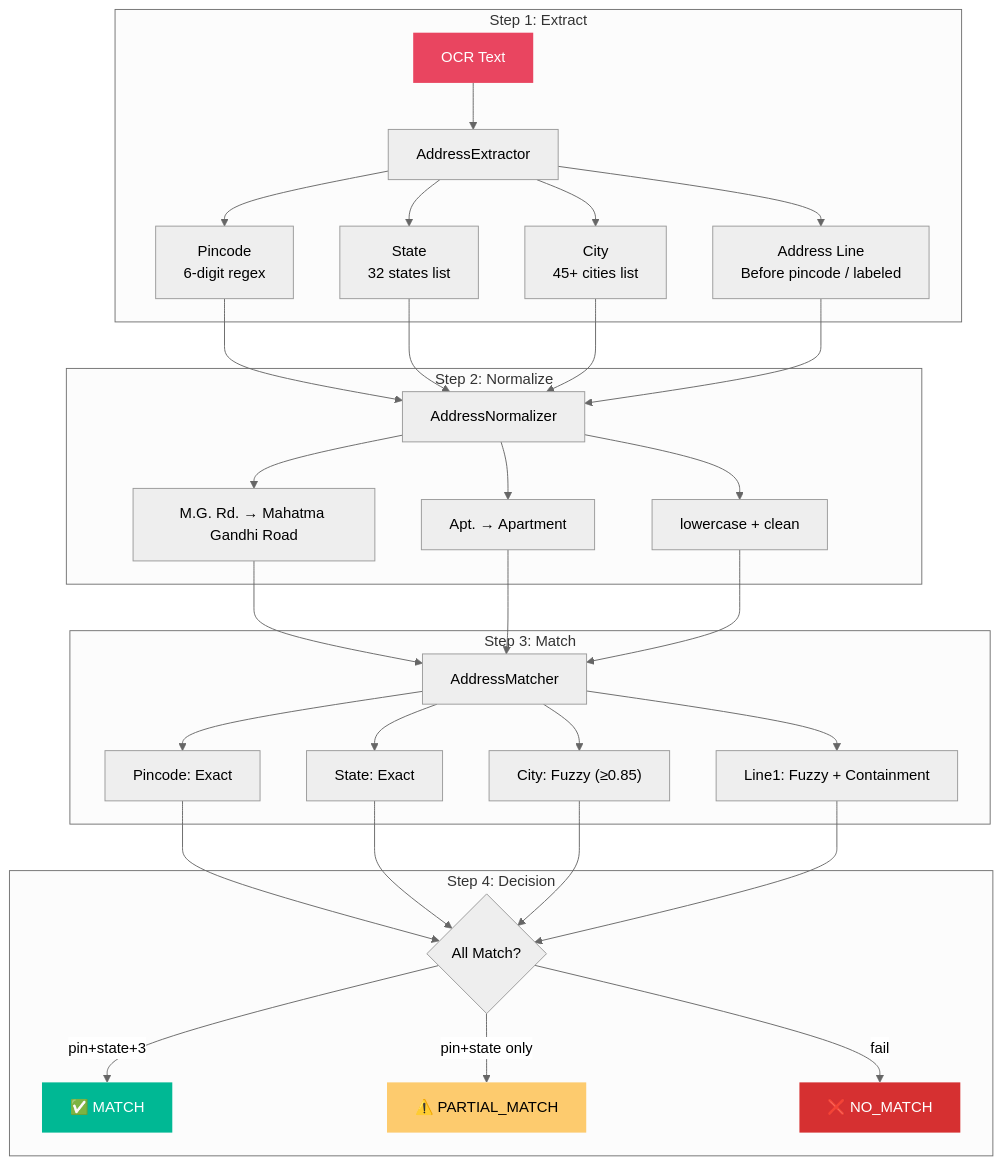
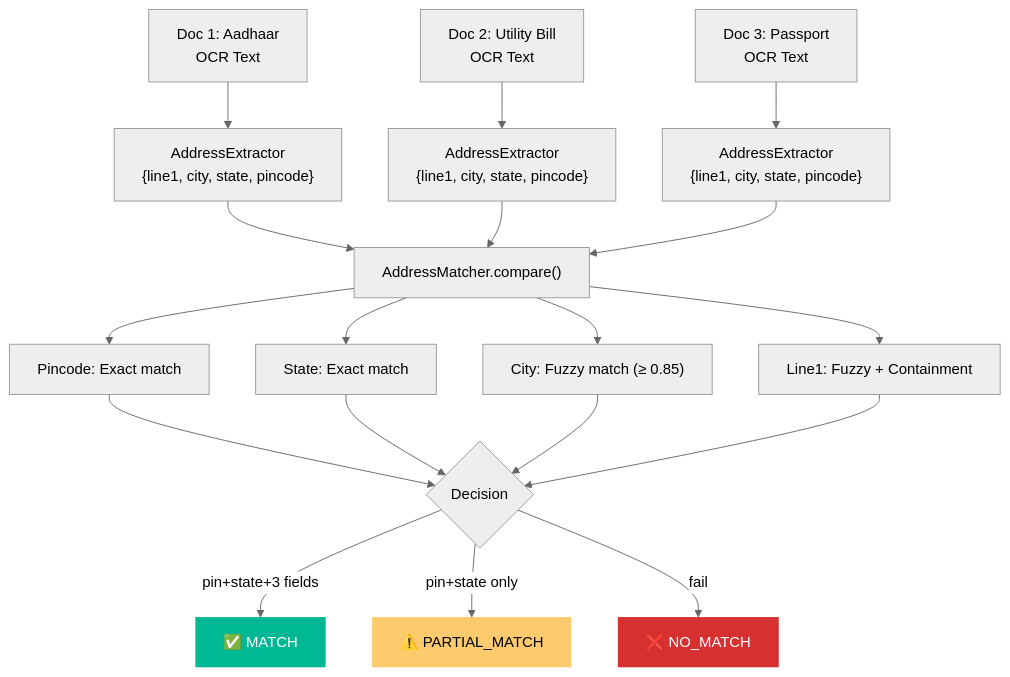
One commit to Sakshisingh-BV/Intellicheck-Docs changed the eighth of 11 diagrams in ARCHITECTURE.md. Above: the diagram before and after it, drawn with Mermaid (neutral theme). The commit also changed other lines of this file, not shown here.

````diff
--- a/ARCHITECTURE.md
+++ b/ARCHITECTURE.md
@@ -370,45 +469,28 @@
 ```mermaid
 graph TB
-    subgraph "Step 1: Extract"
-        OCR2["OCR Text"] --> EXT["AddressExtractor"]
-        EXT --> PIN["Pincode<br/>6-digit regex"]
-        EXT --> STATE["State<br/>32 states list"]
-        EXT --> CITY["City<br/>45+ cities list"]
-        EXT --> LINE["Address Line<br/>Before pincode / labeled"]
-    end
+    D1["Doc 1: Aadhaar<br/>OCR Text"] --> E1["AddressExtractor<br/>{line1, city, state, pincode}"]
+    D2["Doc 2: Utility Bill<br/>OCR Text"] --> E2["AddressExtractor<br/>{line1, city, state, pincode}"]
+    D3["Doc 3: Passport<br/>OCR Text"] --> E3["AddressExtractor<br/>{line1, city, state, pincode}"]
 
-    subgraph "Step 2: Normalize"
-        PIN --> NORM["AddressNormalizer"]
-        STATE --> NORM
-        CITY --> NORM
-        LINE --> NORM
-        NORM --> N1["M.G. Rd. → Mahatma Gandhi Road"]
-        NORM --> N2["Apt. → Apartment"]
-        NORM --> N3["lowercase + clean"]
-    end
+    E1 --> MAT["AddressMatcher.compare()"]
+    E2 --> MAT
+    E3 --> MAT
 
-    subgraph "Step 3: Match"
-        N1 --> MAT["AddressMatcher"]
-        N2 --> MAT
-        N3 --> MAT
-        MAT --> P1["Pincode: Exact"]
-        MAT --> P2["State: Exact"]
-        MAT --> P3["City: Fuzzy (≥0.85)"]
-        MAT --> P4["Line1: Fuzzy + Containment"]
-    end
+    MAT --> P1["Pincode: Exact match"]
+    MAT --> P2["State: Exact match"]
+    MAT --> P3["City: Fuzzy match (≥ 0.85)"]
+    MAT --> P4["Line1: Fuzzy + Containment"]
 
-    subgraph "Step 4: Decision"
-        P1 --> DEC{"All Match?"}
-        P2 --> DEC
-        P3 --> DEC
-        P4 --> DEC
-        DEC -->|pin+state+3| MATCH["✅ MATCH"]
-        DEC -->|pin+state only| PARTIAL["⚠️ PARTIAL_MATCH"]
-        DEC -->|fail| NOMATCH["❌ NO_MATCH"]
-    end
+    P1 --> DEC{Decision}
+    P2 --> DEC
+    P3 --> DEC
+    P4 --> DEC
 
-    style OCR2 fill:#e94560,color:#fff,stroke:none
+    DEC -->|"pin+state+3 fields"| MATCH["✅ MATCH"]
+    DEC -->|"pin+state only"| PARTIAL["⚠️ PARTIAL_MATCH"]
+    DEC -->|"fail"| NOMATCH["❌ NO_MATCH"]
+
     style MATCH fill:#00b894,color:#fff,stroke:none
     style PARTIAL fill:#fdcb6e,color:#000,stroke:none
     style NOMATCH fill:#d63031,color:#fff,stroke:none
 ```
````
